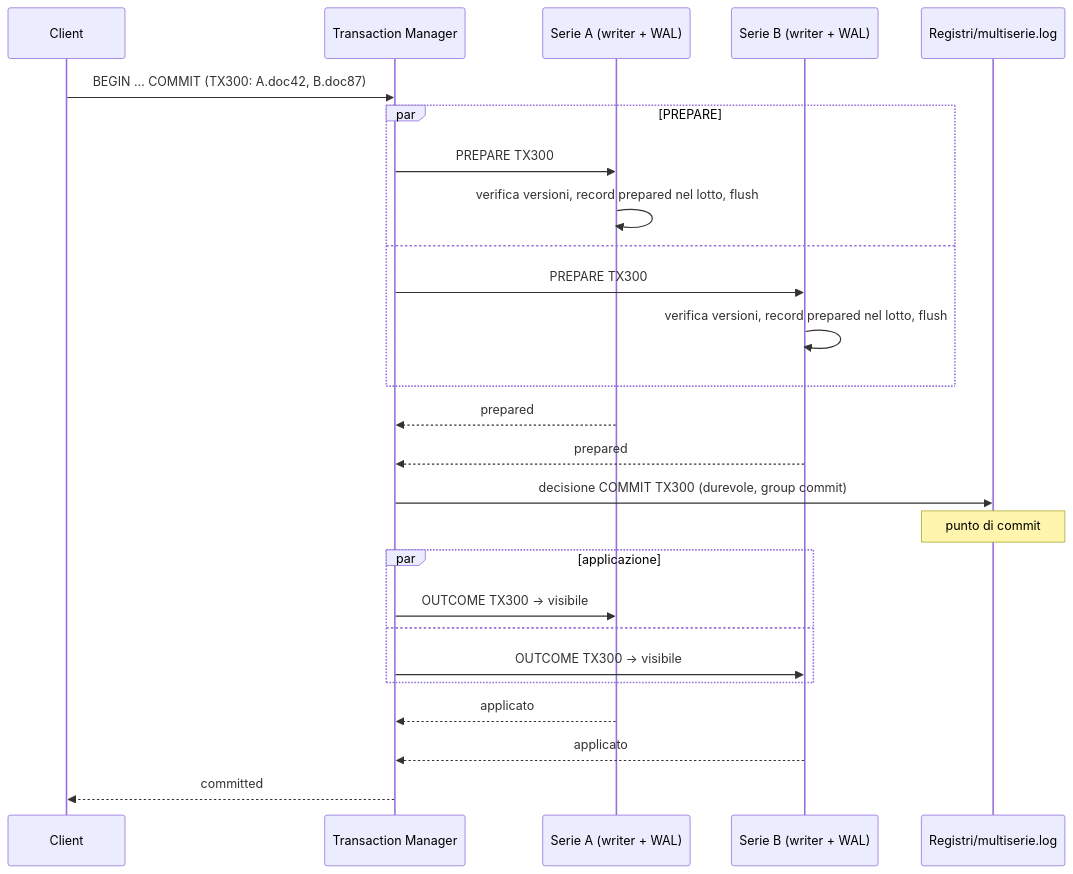
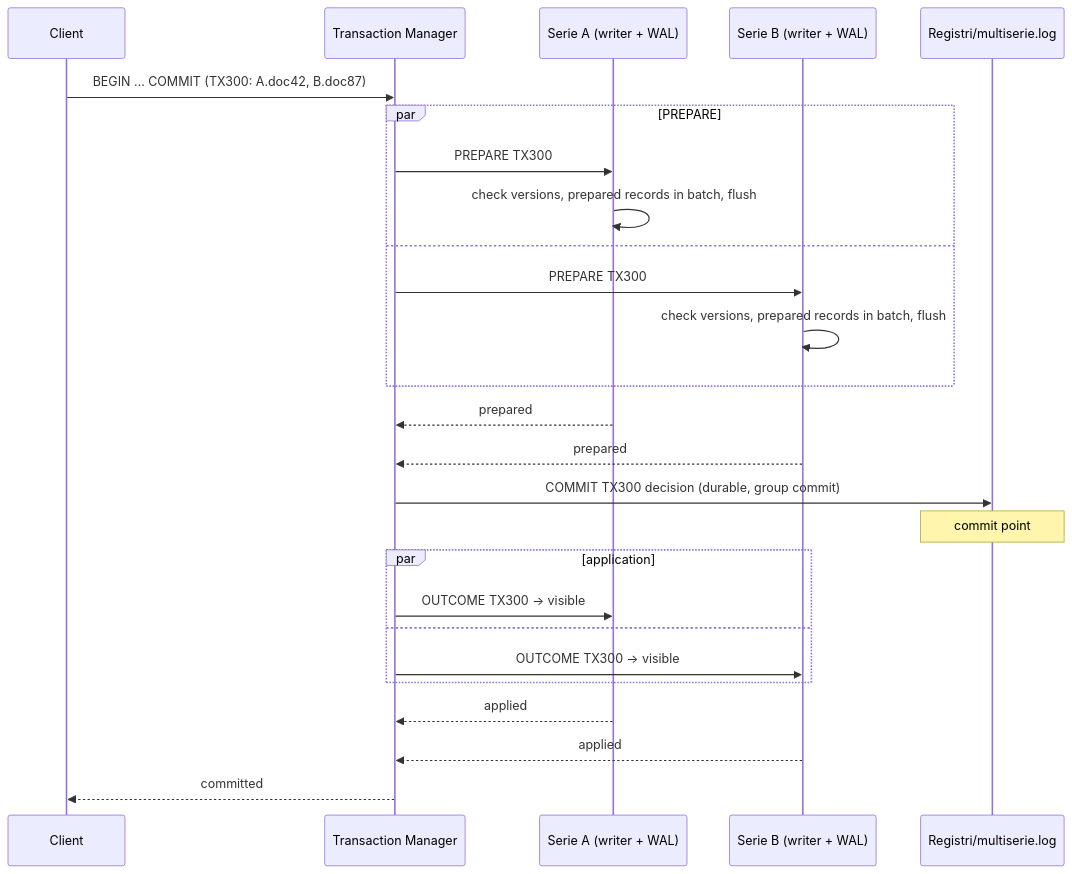
Before and after one commit to gipidevdor/ArcDocDB: the diagram in docs/05-transazioni.md, drawn with Mermaid. The commit also changed other lines of this file and 535 other files, not shown here.

````diff
--- a/docs/05-transazioni.md
+++ b/docs/05-transazioni.md
@@ -69,29 +77,29 @@
 ```mermaid
 sequenceDiagram
     participant C as Client
     participant TM as Transaction Manager
     participant A as Serie A (writer + WAL)
     participant B as Serie B (writer + WAL)
     participant L as Registri/multiserie.log
 
     C->>TM: BEGIN … COMMIT (TX300: A.doc42, B.doc87)
     par PREPARE
         TM->>A: PREPARE TX300
-        A->>A: verifica versioni, record prepared nel lotto, flush
+        A->>A: check versions, prepared records in batch, flush
     and
         TM->>B: PREPARE TX300
-        B->>B: verifica versioni, record prepared nel lotto, flush
+        B->>B: check versions, prepared records in batch, flush
     end
     A-->>TM: prepared
     B-->>TM: prepared
-    TM->>L: decisione COMMIT TX300 (durevole, group commit)
-    Note over L: punto di commit
-    par applicazione
-        TM->>A: OUTCOME TX300 → visibile
+    TM->>L: COMMIT TX300 decision (durable, group commit)
+    Note over L: commit point
+    par application
+        TM->>A: OUTCOME TX300 → visible
     and
-        TM->>B: OUTCOME TX300 → visibile
+        TM->>B: OUTCOME TX300 → visible
     end
-    A-->>TM: applicato
-    B-->>TM: applicato
+    A-->>TM: applied
+    B-->>TM: applied
     TM-->>C: committed
 ```
````
